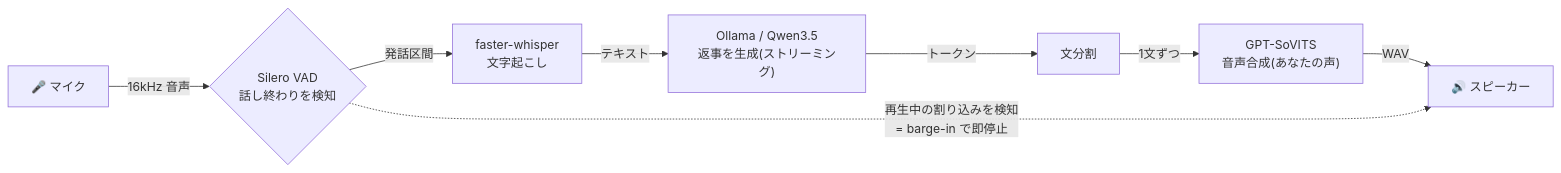
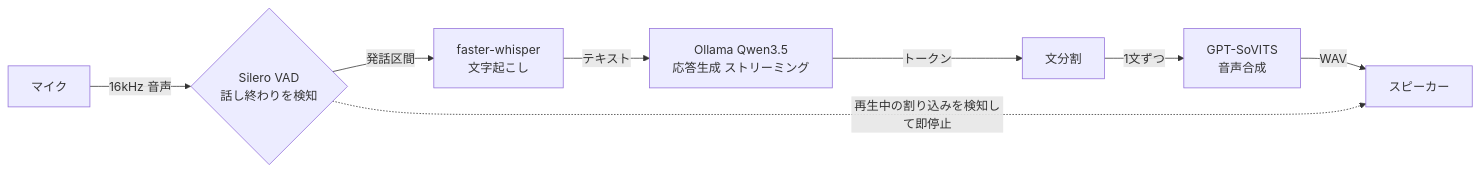
The first of 2 diagrams in README.md (4ltena/kotoha), drawn with Mermaid before and after one commit. The commit also changed other lines of this file and 1 other file, not shown here.

````diff
--- a/README.md
+++ b/README.md
@@ -35,10 +30,10 @@
 ```mermaid
 flowchart LR
-    Mic["🎤 マイク"] -->|"16kHz 音声"| VAD{"Silero VAD<br/>話し終わりを検知"}
+    Mic["マイク"] -->|"16kHz 音声"| VAD{"Silero VAD<br/>話し終わりを検知"}
     VAD -->|"発話区間"| STT["faster-whisper<br/>文字起こし"]
-    STT -->|"テキスト"| LLM["Ollama / Qwen3.5<br/>返事を生成(ストリーミング)"]
+    STT -->|"テキスト"| LLM["Ollama Qwen3.5<br/>応答生成 ストリーミング"]
     LLM -->|"トークン"| SS["文分割"]
-    SS -->|"1文ずつ"| TTS["GPT-SoVITS<br/>音声合成(あなたの声)"]
-    TTS -->|"WAV"| SPK["🔊 スピーカー"]
-    VAD -.->|"再生中の割り込みを検知<br/>= barge-in で即停止"| SPK
+    SS -->|"1文ずつ"| TTS["GPT-SoVITS<br/>音声合成"]
+    TTS -->|"WAV"| SPK["スピーカー"]
+    VAD -.->|"再生中の割り込みを検知して即停止"| SPK
 ```
````
